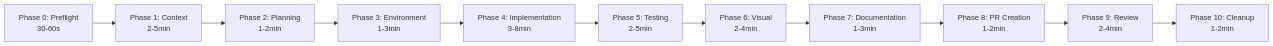
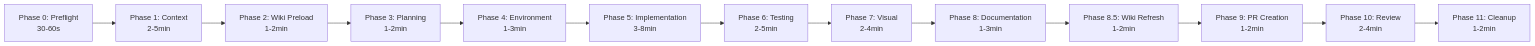
The diagram in docs-site-content/workflows/implement-ticket.md (sosagraviel/hincha-cup), drawn with Mermaid before and after one commit. The commit also changed other lines of this file and 96 other files, not shown here.

Commit message:
fix: improving graph integration and wiki structure

````diff
--- a/docs-site-content/workflows/implement-ticket.md
+++ b/docs-site-content/workflows/implement-ticket.md
@@ -98,13 +98,15 @@
 ```mermaid
 graph LR
     A[Phase 0: Preflight<br/>30-60s] --> B[Phase 1: Context<br/>2-5min]
-    B --> C[Phase 2: Planning<br/>1-2min]
-    C --> D[Phase 3: Environment<br/>1-3min]
-    D --> E[Phase 4: Implementation<br/>3-8min]
-    E --> F[Phase 5: Testing<br/>2-5min]
-    F --> G[Phase 6: Visual<br/>2-4min]
-    G --> H[Phase 7: Documentation<br/>1-3min]
-    H --> I[Phase 8: PR Creation<br/>1-2min]
-    I --> J[Phase 9: Review<br/>2-4min]
-    J --> K[Phase 10: Cleanup<br/>1-2min]
+    B --> C[Phase 2: Wiki Preload<br/>1-2min]
+    C --> D[Phase 3: Planning<br/>1-2min]
+    D --> E[Phase 4: Environment<br/>1-3min]
+    E --> F[Phase 5: Implementation<br/>3-8min]
+    F --> G[Phase 6: Testing<br/>2-5min]
+    G --> H[Phase 7: Visual<br/>2-4min]
+    H --> I[Phase 8: Documentation<br/>1-3min]
+    I --> J[Phase 8.5: Wiki Refresh<br/>1-2min]
+    J --> K[Phase 9: PR Creation<br/>1-2min]
+    K --> L[Phase 10: Review<br/>2-4min]
+    L --> M[Phase 11: Cleanup<br/>1-2min]
 ```
````
